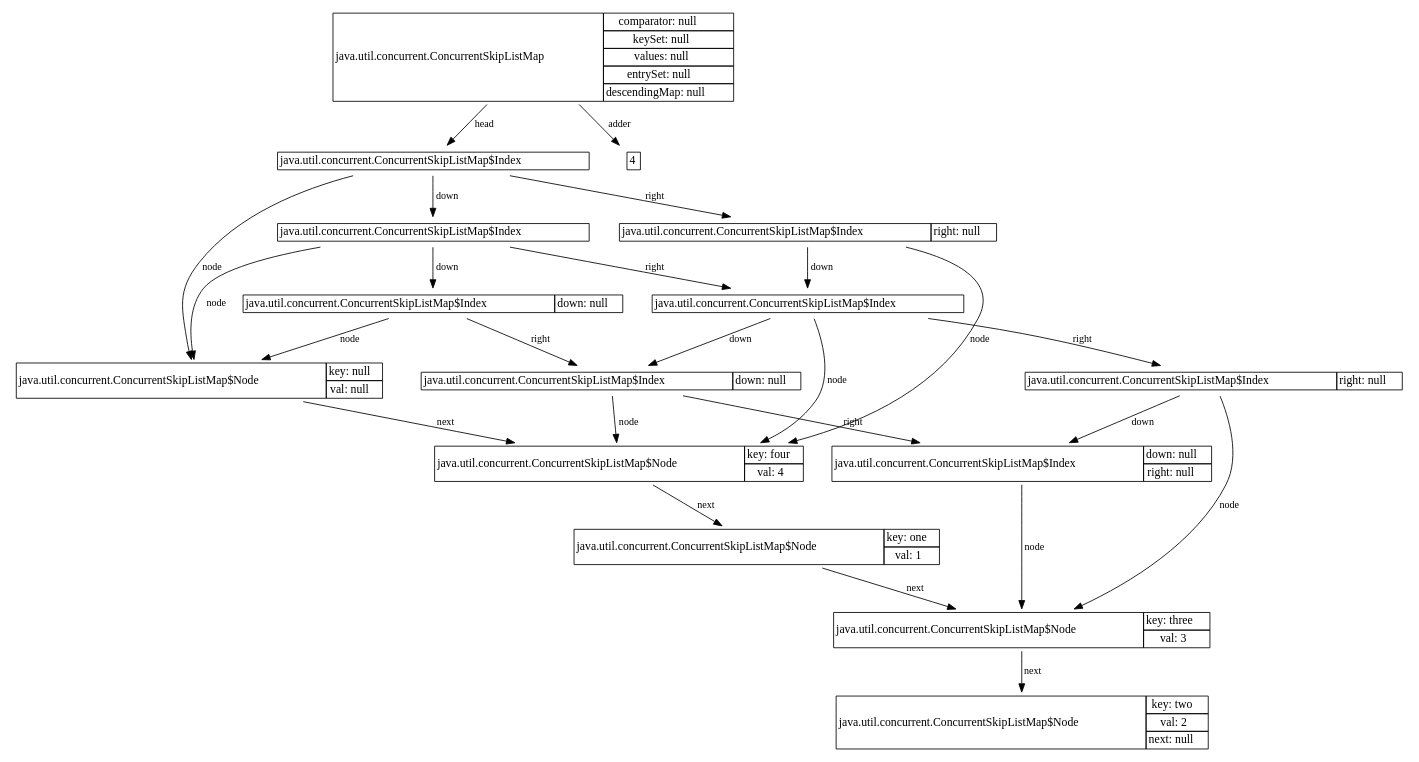
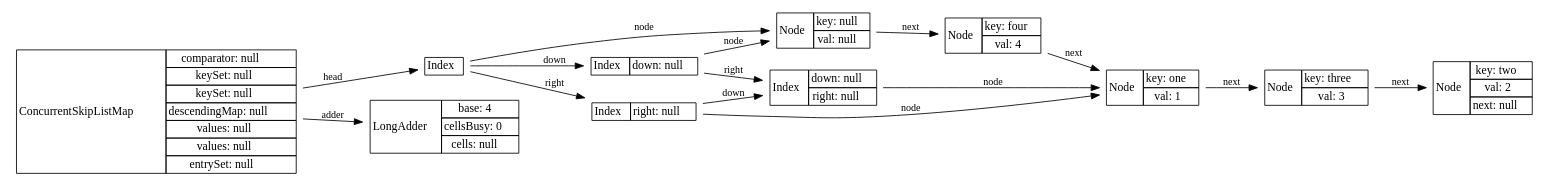
Diagram 17 of 18 in doc/src/main/asciidoc/start.adoc (openjdk/jol), drawn with Graphviz before and after one commit. The commit also changed other lines of this file and 3 other files, not shown here.

```diff
--- a/doc/src/main/asciidoc/start.adoc
+++ b/doc/src/main/asciidoc/start.adoc
@@ -2533,12 +1929,12 @@
 [graphviz]
 ----
 digraph Java {
-	rankdir="TB";
+	rankdir="LR";
 	node[shape=plaintext]
 	n1[label=<
 		<table border='0' cellborder='1' cellspacing='0'>
 			<tr>
-				<td rowspan='6'>java.util.concurrent.ConcurrentSkipListMap</td>
+				<td rowspan='8'>ConcurrentSkipListMap</td>
 			</tr>
 			<tr>
 				<td>comparator: null</td>
@@ -2547,53 +1943,56 @@
 				<td>keySet: null</td>
 			</tr>
 			<tr>
+				<td>keySet: null</td>
+			</tr>
+			<tr>
+				<td>descendingMap: null</td>
+			</tr>
+			<tr>
+				<td>values: null</td>
+			</tr>
+			<tr>
 				<td>values: null</td>
 			</tr>
 			<tr>
 				<td>entrySet: null</td>
-			</tr>
-			<tr>
-				<td>descendingMap: null</td>
 			</tr>
 		</table>
 	>];
 	n2[label=<
 		<table border='0' cellborder='1' cellspacing='0'>
 			<tr>
-				<td>java.util.concurrent.ConcurrentSkipListMap$Index</td>
+				<td>Index</td>
 			</tr>
 		</table>
 	>];
 	n3[label=<
 		<table border='0' cellborder='1' cellspacing='0'>
 			<tr>
-				<td rowspan='3'>java.util.concurrent.ConcurrentSkipListMap$Node</td>
+				<td rowspan='2'>Index</td>
 			</tr>
 			<tr>
-				<td>key: null</td>
-			</tr>
-			<tr>
-				<td>val: null</td>
+				<td>down: null</td>
 			</tr>
 		</table>
 	>];
 	n4[label=<
 		<table border='0' cellborder='1' cellspacing='0'>
 			<tr>
-				<td rowspan='3'>java.util.concurrent.ConcurrentSkipListMap$Node</td>
+				<td rowspan='3'>Index</td>
 			</tr>
 			<tr>
-				<td>key: four</td>
+				<td>down: null</td>
 			</tr>
 			<tr>
-				<td>val: 4</td>
+				<td>right: null</td>
 			</tr>
 		</table>
 	>];
 	n5[label=<
 		<table border='0' cellborder='1' cellspacing='0'>
 			<tr>
-				<td rowspan='3'>java.util.concurrent.ConcurrentSkipListMap$Node</td>
+				<td rowspan='3'>Node</td>
 			</tr>
 			<tr>
 				<td>key: one</td>
@@ -2606,7 +2005,7 @@
 	n6[label=<
 		<table border='0' cellborder='1' cellspacing='0'>
 			<tr>
-				<td rowspan='3'>java.util.concurrent.ConcurrentSkipListMap$Node</td>
+				<td rowspan='3'>Node</td>
 			</tr>
 			<tr>
 				<td>key: three</td>
@@ -2619,7 +2018,7 @@
 	n7[label=<
 		<table border='0' cellborder='1' cellspacing='0'>
 			<tr>
-				<td rowspan='4'>java.util.concurrent.ConcurrentSkipListMap$Node</td>
+				<td rowspan='4'>Node</td>
 			</tr>
 			<tr>
 				<td>key: two</td>
@@ -2634,101 +2033,71 @@
 	>];
 	n6 -> n7[label="next",fontsize=12];
 	n5 -> n6[label="next",fontsize=12];
-	n4 -> n5[label="next",fontsize=12];
-	n3 -> n4[label="next",fontsize=12];
-	n2 -> n3[label="node",fontsize=12];
+	n4 -> n5[label="node",fontsize=12];
+	n3 -> n4[label="right",fontsize=12];
 	n8[label=<
 		<table border='0' cellborder='1' cellspacing='0'>
 			<tr>
-				<td>java.util.concurrent.ConcurrentSkipListMap$Index</td>
+				<td rowspan='3'>Node</td>
+			</tr>
+			<tr>
+				<td>key: null</td>
+			</tr>
+			<tr>
+				<td>val: null</td>
 			</tr>
 		</table>
 	>];
-	n8 -> n3[label="node",fontsize=12];
 	n9[label=<
 		<table border='0' cellborder='1' cellspacing='0'>
 			<tr>
-				<td rowspan='2'>java.util.concurrent.ConcurrentSkipListMap$Index</td>
+				<td rowspan='3'>Node</td>
 			</tr>
 			<tr>
-				<td>down: null</td>
+				<td>key: four</td>
+			</tr>
+			<tr>
+				<td>val: 4</td>
 			</tr>
 		</table>
 	>];
-	n9 -> n3[label="node",fontsize=12];
+	n9 -> n5[label="next",fontsize=12];
+	n8 -> n9[label="next",fontsize=12];
+	n3 -> n8[label="node",fontsize=12];
+	n2 -> n3[label="down",fontsize=12];
 	n10[label=<
 		<table border='0' cellborder='1' cellspacing='0'>
 			<tr>
-				<td rowspan='2'>java.util.concurrent.ConcurrentSkipListMap$Index</td>
-			</tr>
-			<tr>
-				<td>down: null</td>
-			</tr>
-		</table>
-	>];
-	n10 -> n4[label="node",fontsize=12];
-	n11[label=<
-		<table border='0' cellborder='1' cellspacing='0'>
-			<tr>
-				<td rowspan='3'>java.util.concurrent.ConcurrentSkipListMap$Index</td>
-			</tr>
-			<tr>
-				<td>down: null</td>
+				<td rowspan='2'>Index</td>
 			</tr>
 			<tr>
 				<td>right: null</td>
 			</tr>
 		</table>
 	>];
-	n11 -> n6[label="node",fontsize=12];
-	n10 -> n11[label="right",fontsize=12];
-	n9 -> n10[label="right",fontsize=12];
-	n8 -> n9[label="down",fontsize=12];
-	n12[label=<
+	n10 -> n4[label="down",fontsize=12];
+	n10 -> n5[label="node",fontsize=12];
+	n2 -> n10[label="right",fontsize=12];
+	n2 -> n8[label="node",fontsize=12];
+	n1 -> n2[label="head",fontsize=12];
+	n11[label=<
 		<table border='0' cellborder='1' cellspacing='0'>
 			<tr>
-				<td>java.util.concurrent.ConcurrentSkipListMap$Index</td>
+				<td rowspan='4'>LongAdder</td>
+			</tr>
+			<tr>
+				<td>base: 4</td>
+			</tr>
+			<tr>
+				<td>cellsBusy: 0</td>
+			</tr>
+			<tr>
+				<td>cells: null</td>
 			</tr>
 		</table>
 	>];
-	n12 -> n4[label="node",fontsize=12];
-	n12 -> n10[label="down",fontsize=12];
-	n13[label=<
-		<table border='0' cellborder='1' cellspacing='0'>
-			<tr>
-				<td rowspan='2'>java.util.concurrent.ConcurrentSkipListMap$Index</td>
-			</tr>
-			<tr>
-				<td>right: null</td>
-			</tr>
-		</table>
-	>];
-	n13 -> n6[label="node",fontsize=12];
-	n13 -> n11[label="down",fontsize=12];
-	n12 -> n13[label="right",fontsize=12];
-	n8 -> n12[label="right",fontsize=12];
-	n2 -> n8[label="down",fontsize=12];
-	n14[label=<
-		<table border='0' cellborder='1' cellspacing='0'>
-			<tr>
-				<td rowspan='2'>java.util.concurrent.ConcurrentSkipListMap$Index</td>
-			</tr>
-			<tr>
-				<td>right: null</td>
-			</tr>
-		</table>
-	>];
-	n14 -> n4[label="node",fontsize=12];
-	n14 -> n12[label="down",fontsize=12];
-	n2 -> n14[label="right",fontsize=12];
-	n1 -> n2[label="head",fontsize=12];
-	n15[label=<
-		<table border='0' cellborder='1' cellspacing='0'>
-			<tr>
-				<td>4</td>
-			</tr>
-		</table>
-	>];
-	n1 -> n15[label="adder",fontsize=12];
+	n1 -> n11[label="adder",fontsize=12];
 }
+
+
 ----
```
